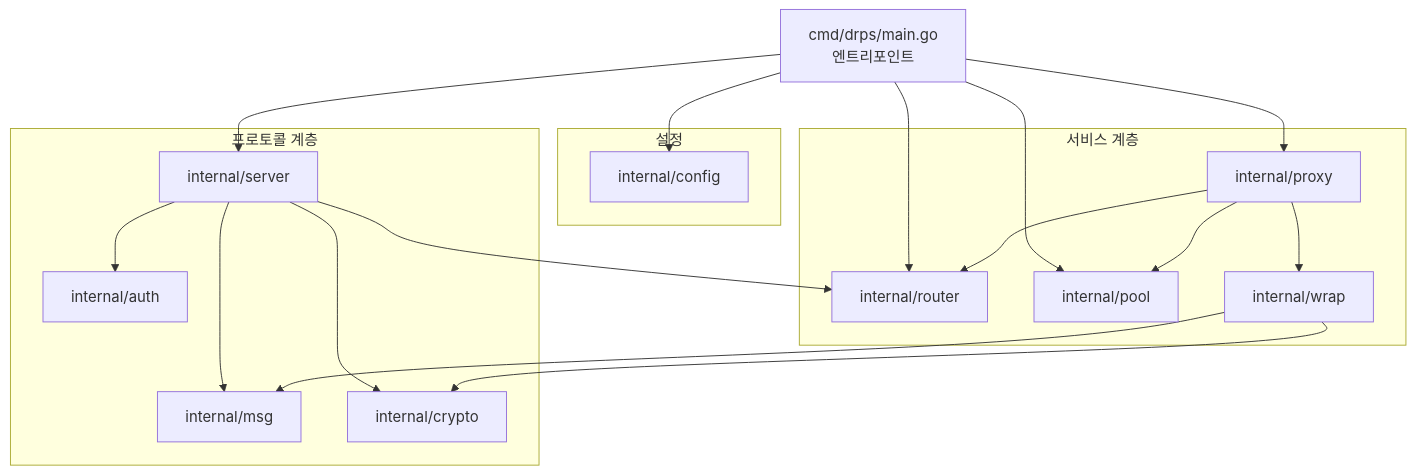
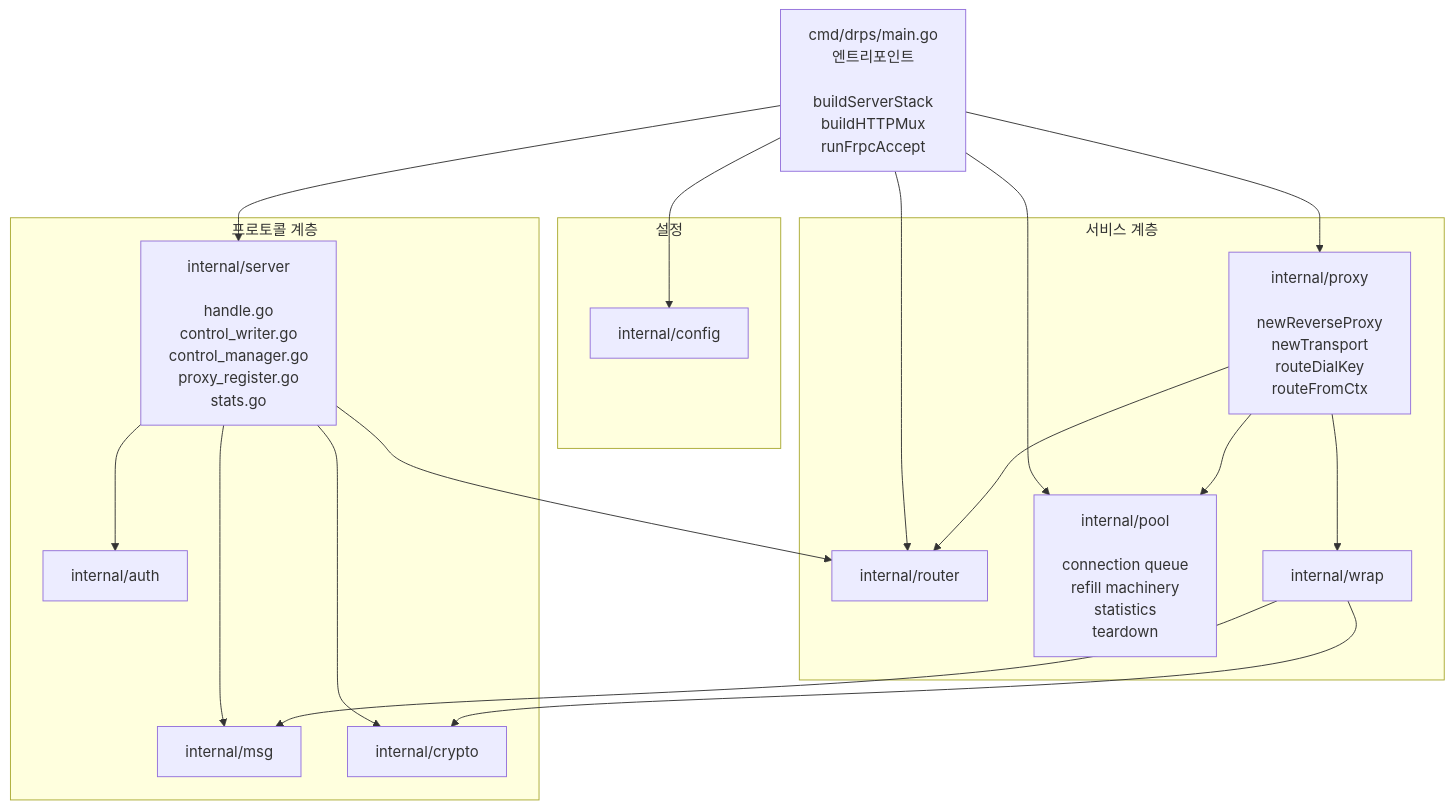
The fourth of 6 diagrams in docs/architecture/overview.md (cagojeiger/drp), drawn with Mermaid before and after one commit. The commit also changed 4 other files, not shown here.

First line of the commit message:
docs: sync architecture + spec with refactor rounds 1-6

````diff
--- a/docs/architecture/overview.md
+++ b/docs/architecture/overview.md
@@ -93,40 +93,40 @@
 ```mermaid
 flowchart TB
-    main[cmd/drps/main.go<br/>엔트리포인트]
+    main[cmd/drps/main.go<br/>엔트리포인트<br/><br/>buildServerStack<br/>buildHTTPMux<br/>runFrpcAccept]
 
     subgraph cfg["설정"]
         config[internal/config]
     end
 
     subgraph proto["프로토콜 계층"]
-        server[internal/server]
+        server[internal/server<br/><br/>handle.go<br/>control_writer.go<br/>control_manager.go<br/>proxy_register.go<br/>stats.go]
         msg[internal/msg]
         auth[internal/auth]
         crypto[internal/crypto]
     end
 
     subgraph svc["서비스 계층"]
-        proxy[internal/proxy]
+        proxy[internal/proxy<br/><br/>newReverseProxy<br/>newTransport<br/>routeDialKey<br/>routeFromCtx]
         router[internal/router]
-        pool[internal/pool]
+        pool[internal/pool<br/><br/>connection queue<br/>refill machinery<br/>statistics<br/>teardown]
         wrap[internal/wrap]
     end
 
     main --> config
     main --> server
     main --> proxy
     main --> router
     main --> pool
 
     server --> msg
     server --> auth
     server --> crypto
     server --> router
 
     proxy --> router
     proxy --> pool
     proxy --> wrap
 
     wrap --> msg
     wrap --> crypto
 ```
````
